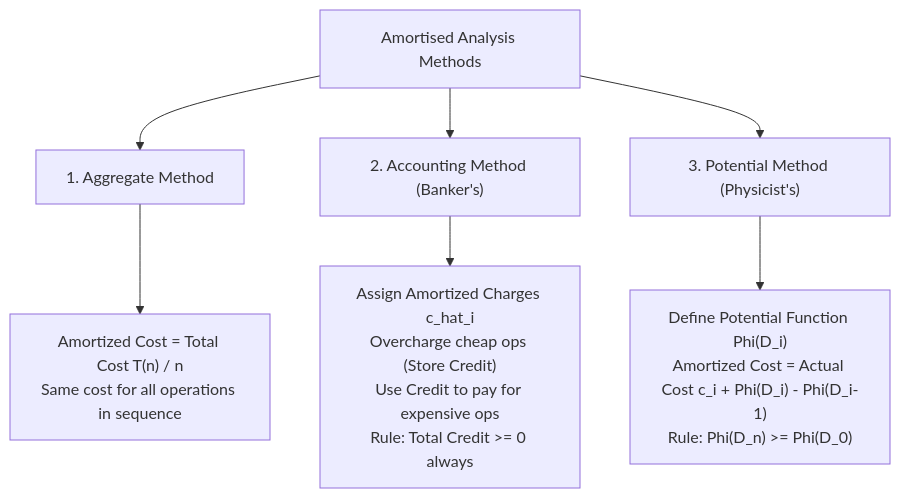
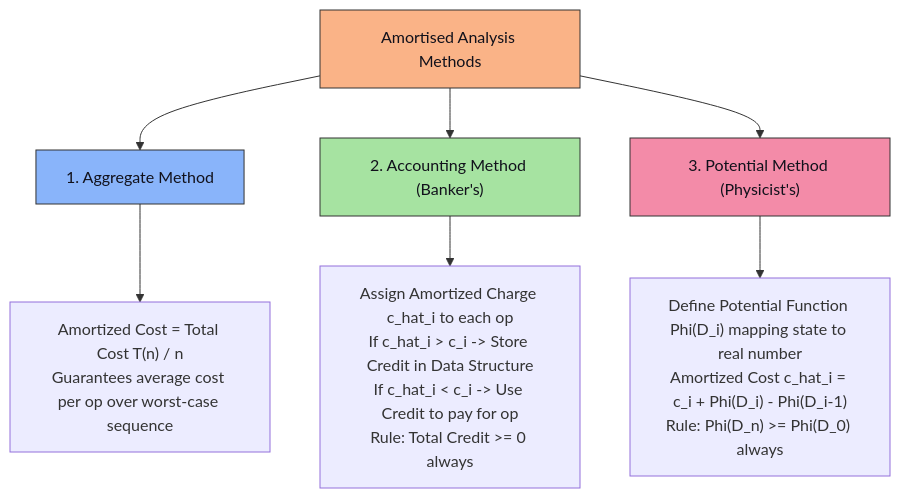
One commit to DeepLumiere/DeepSkills changed diagram 16 of 16 in notes/design_and_analysis_of_algorithms/DAA_Unit4_RedBlackTrees_AdvancedDS.md. Above: the diagram before and after it, drawn with Mermaid. The commit also changed other lines of this file, not shown here.

First line of the commit message:
fix: overhaul Unit 4 with colorful Mermaid diagrams for RBT, Binomial, and Fibonacci Heaps

````diff
--- a/notes/design_and_analysis_of_algorithms/DAA_Unit4_RedBlackTrees_AdvancedDS.md
+++ b/notes/design_and_analysis_of_algorithms/DAA_Unit4_RedBlackTrees_AdvancedDS.md
@@ -235,16 +540,21 @@
 ```mermaid
 flowchart TD
     A["Amortised Analysis Methods"] --> B["1. Aggregate Method"]
     A --> C["2. Accounting Method (Banker's)"]
     A --> D["3. Potential Method (Physicist's)"]
 
     B --> B1["Amortized Cost = Total Cost T(n) / n
-Same cost for all operations in sequence"]
-    C --> C1["Assign Amortized Charges c_hat_i
-Overcharge cheap ops (Store Credit)
-Use Credit to pay for expensive ops
+Guarantees average cost per op over worst-case sequence"]
+    C --> C1["Assign Amortized Charge c_hat_i to each op
+If c_hat_i > c_i -> Store Credit in Data Structure
+If c_hat_i < c_i -> Use Credit to pay for op
 Rule: Total Credit >= 0 always"]
-    D --> D1["Define Potential Function Phi(D_i)
-Amortized Cost = Actual Cost c_i + Phi(D_i) - Phi(D_i-1)
-Rule: Phi(D_n) >= Phi(D_0)"]
+    D --> D1["Define Potential Function Phi(D_i) mapping state to real number
+Amortized Cost c_hat_i = c_i + Phi(D_i) - Phi(D_i-1)
+Rule: Phi(D_n) >= Phi(D_0) always"]
+
+    style A fill:#fab387,stroke:#333,color:#11111b
+    style B fill:#89b4fa,stroke:#333,color:#11111b
+    style C fill:#a6e3a1,stroke:#333,color:#11111b
+    style D fill:#f38ba8,stroke:#333,color:#11111b
 ```
````
